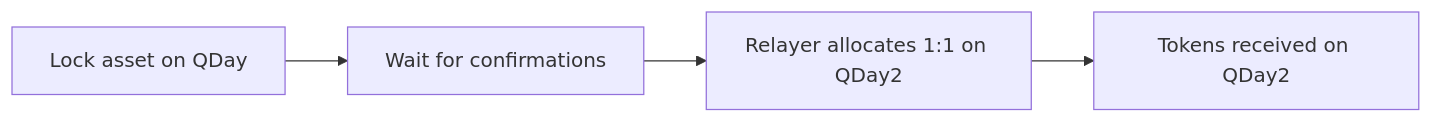
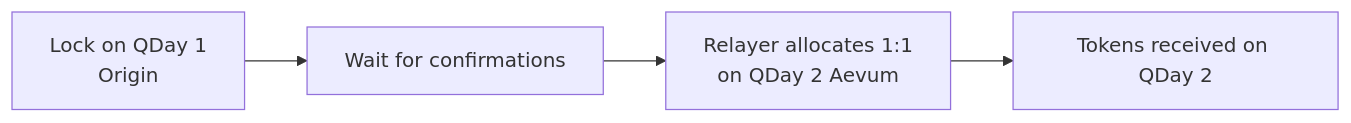
Before and after one commit to qday-io/qday-wiki: the diagram in knowledge/migration/overview.mdx, drawn with Mermaid. The commit also changed other lines of this file and 36 other files, not shown here.

````diff
--- a/knowledge/migration/overview.mdx
+++ b/knowledge/migration/overview.mdx
@@ -17,6 +56,6 @@
 ```mermaid
 flowchart LR
-    A[Lock asset on QDay] --> B[Wait for confirmations]
-    B --> C[Relayer allocates 1:1 on QDay2]
-    C --> D[Tokens received on QDay2]
+    A["Lock on QDay 1<br/>Origin"] --> B[Wait for confirmations]
+    B --> C["Relayer allocates 1:1<br/>on QDay 2 Aevum"]
+    C --> D[Tokens received on QDay 2]
 ```
````
